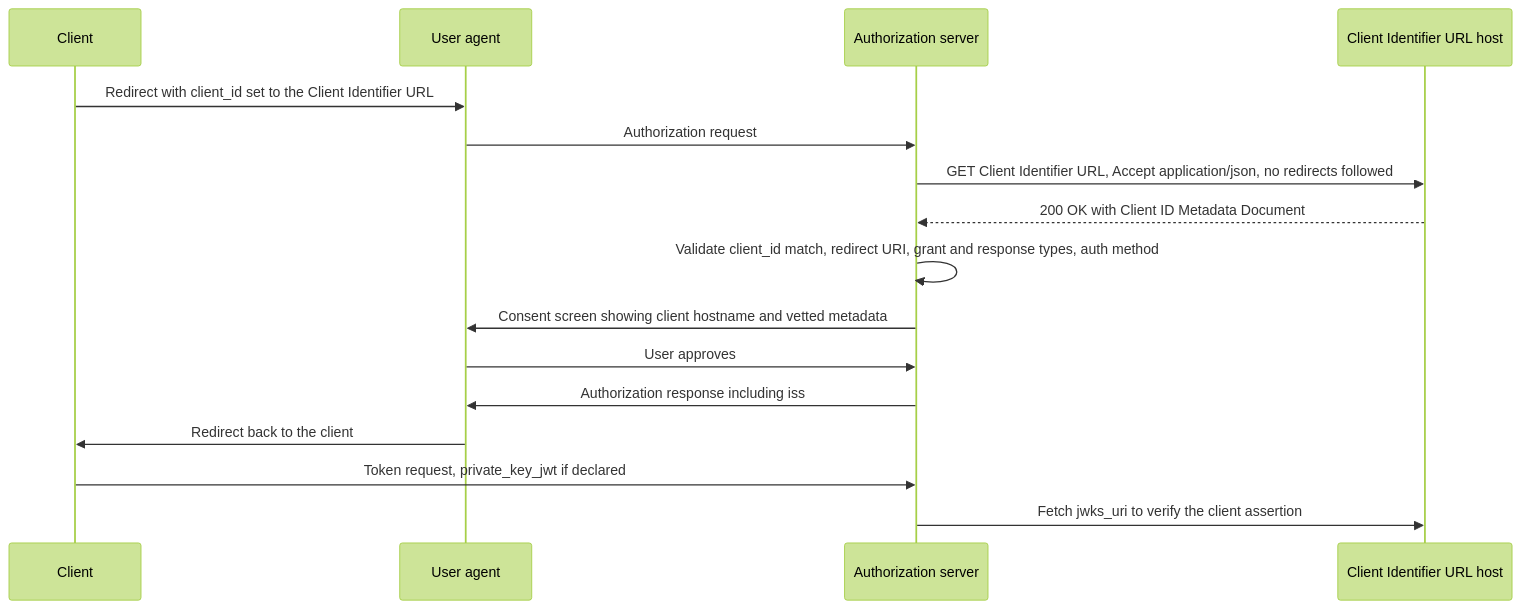
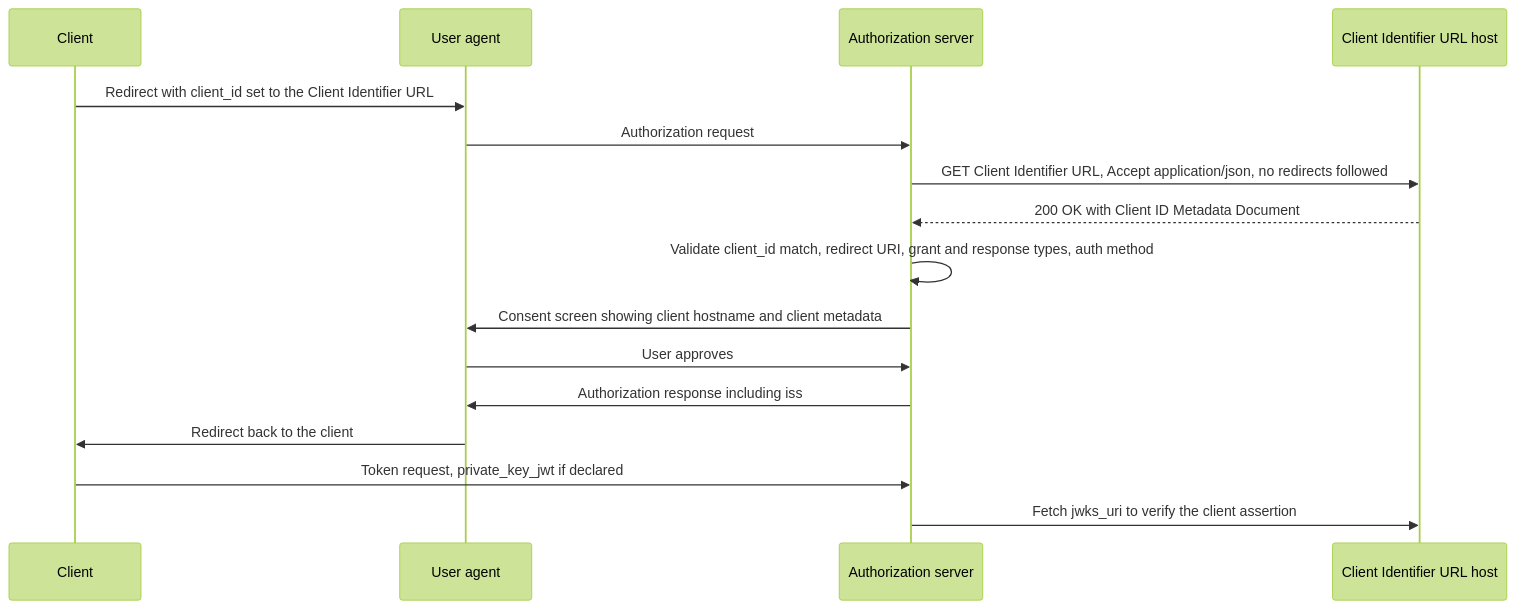
The diagram in tracks/oauth-wg/deep-dives/draft-ietf-oauth-client-id-metadata-document/README.md (0-draft/identity-deep-dive), drawn with Mermaid (forest theme) before and after one commit. The commit also changed other lines of this file and 7 other files, not shown here.

````diff
--- a/tracks/oauth-wg/deep-dives/draft-ietf-oauth-client-id-metadata-document/README.md
+++ b/tracks/oauth-wg/deep-dives/draft-ietf-oauth-client-id-metadata-document/README.md
@@ -11,18 +11,18 @@
 ```mermaid
 sequenceDiagram
     participant C as Client
     participant U as User agent
     participant AS as Authorization server
     participant H as Client Identifier URL host
     C->>U: Redirect with client_id set to the Client Identifier URL
     U->>AS: Authorization request
     AS->>H: GET Client Identifier URL, Accept application/json, no redirects followed
     H-->>AS: 200 OK with Client ID Metadata Document
     AS->>AS: Validate client_id match, redirect URI, grant and response types, auth method
-    AS->>U: Consent screen showing client hostname and vetted metadata
+    AS->>U: Consent screen showing client hostname and client metadata
     U->>AS: User approves
     AS->>U: Authorization response including iss
     U->>C: Redirect back to the client
     C->>AS: Token request, private_key_jwt if declared
     AS->>H: Fetch jwks_uri to verify the client assertion
 ```
````
